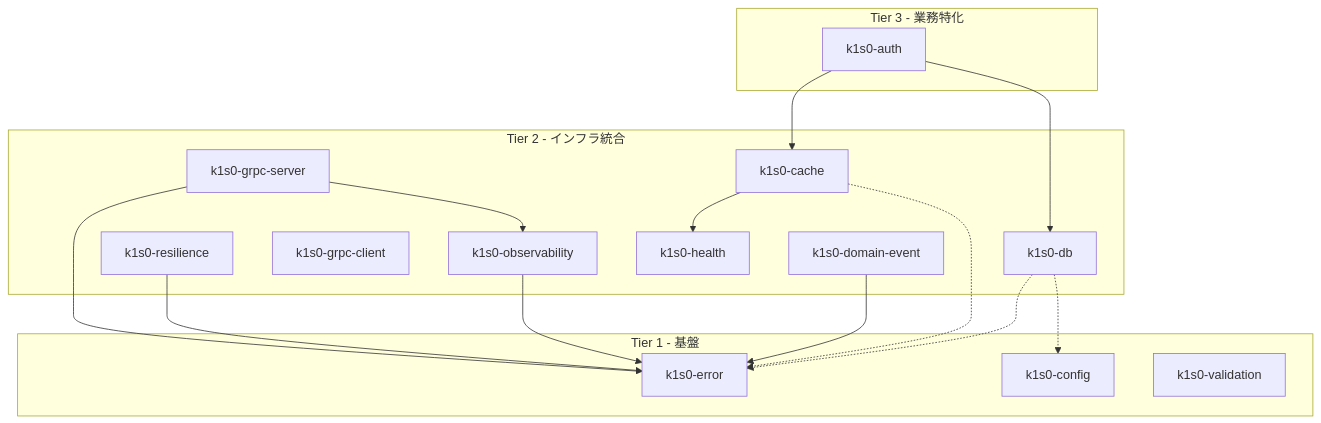
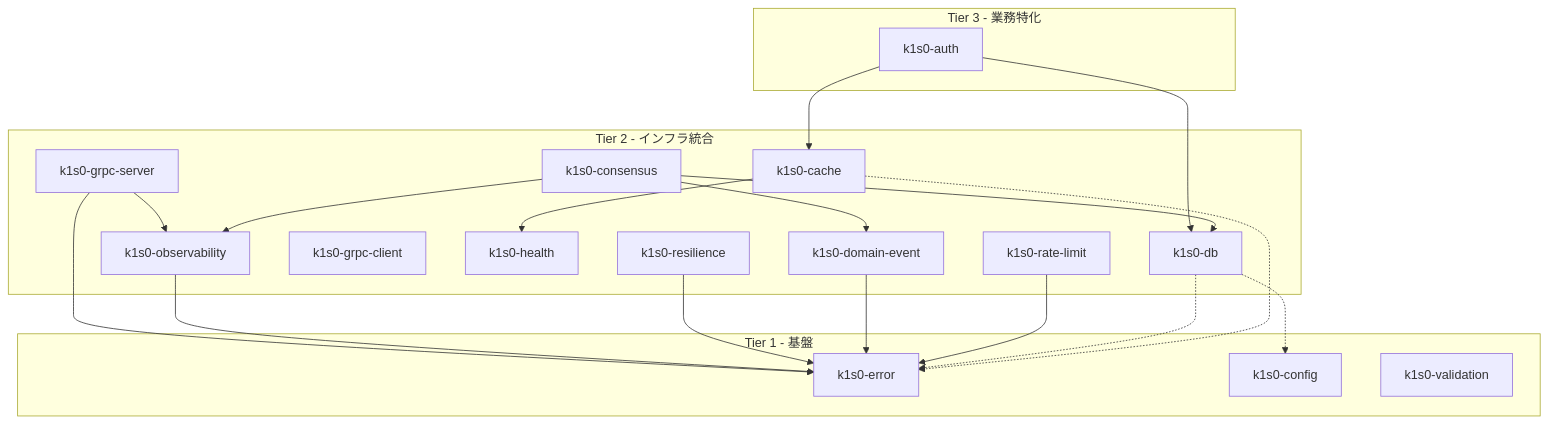
One commit to RyuheiKiso/k1s0 changed the diagram in docs/architecture/tier-system.md. Above: the diagram before and after it, drawn with Mermaid. The commit also changed other lines of this file and 14 other files, not shown here.

````diff
--- a/docs/architecture/tier-system.md
+++ b/docs/architecture/tier-system.md
@@ -9,37 +9,43 @@
 ```mermaid
 graph TB
     subgraph "Tier 3 - 業務特化"
         T3_AUTH[k1s0-auth]
     end
 
     subgraph "Tier 2 - インフラ統合"
         T2_OBS[k1s0-observability]
         T2_RESIL[k1s0-resilience]
         T2_GRPC_S[k1s0-grpc-server]
         T2_GRPC_C[k1s0-grpc-client]
         T2_HEALTH[k1s0-health]
         T2_DB[k1s0-db]
         T2_CACHE[k1s0-cache]
         T2_DEVENT[k1s0-domain-event]
+        T2_RATE[k1s0-rate-limit]
+        T2_CONS[k1s0-consensus]
     end
 
     subgraph "Tier 1 - 基盤"
         T1_ERROR[k1s0-error]
         T1_CONFIG[k1s0-config]
         T1_VALID[k1s0-validation]
     end
 
     T3_AUTH --> T2_CACHE
     T3_AUTH --> T2_DB
 
     T2_GRPC_S --> T1_ERROR
     T2_GRPC_S --> T2_OBS
     T2_CACHE --> T2_HEALTH
     T2_OBS --> T1_ERROR
     T2_RESIL --> T1_ERROR
     T2_DEVENT --> T1_ERROR
+    T2_RATE --> T1_ERROR
+    T2_CONS --> T2_DB
+    T2_CONS --> T2_DEVENT
+    T2_CONS --> T2_OBS
 
     T2_DB -.-> T1_ERROR
     T2_DB -.-> T1_CONFIG
     T2_CACHE -.-> T1_ERROR
 ```
````
